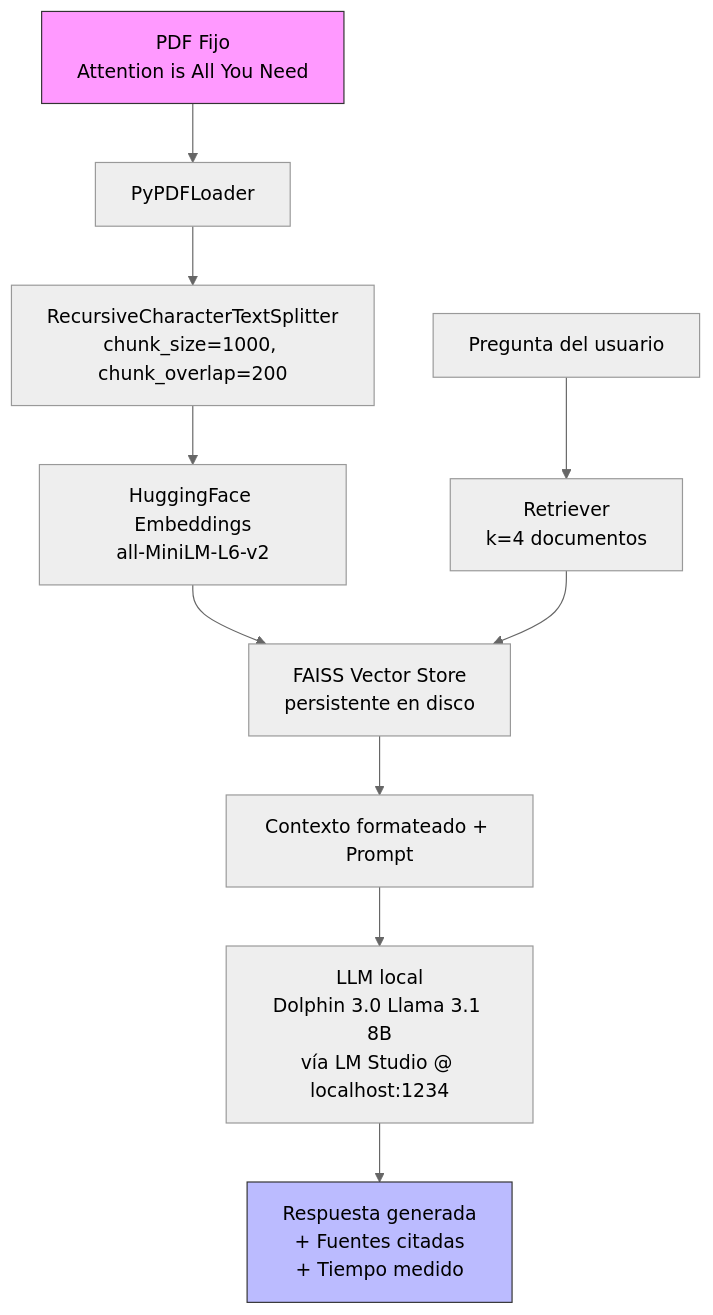
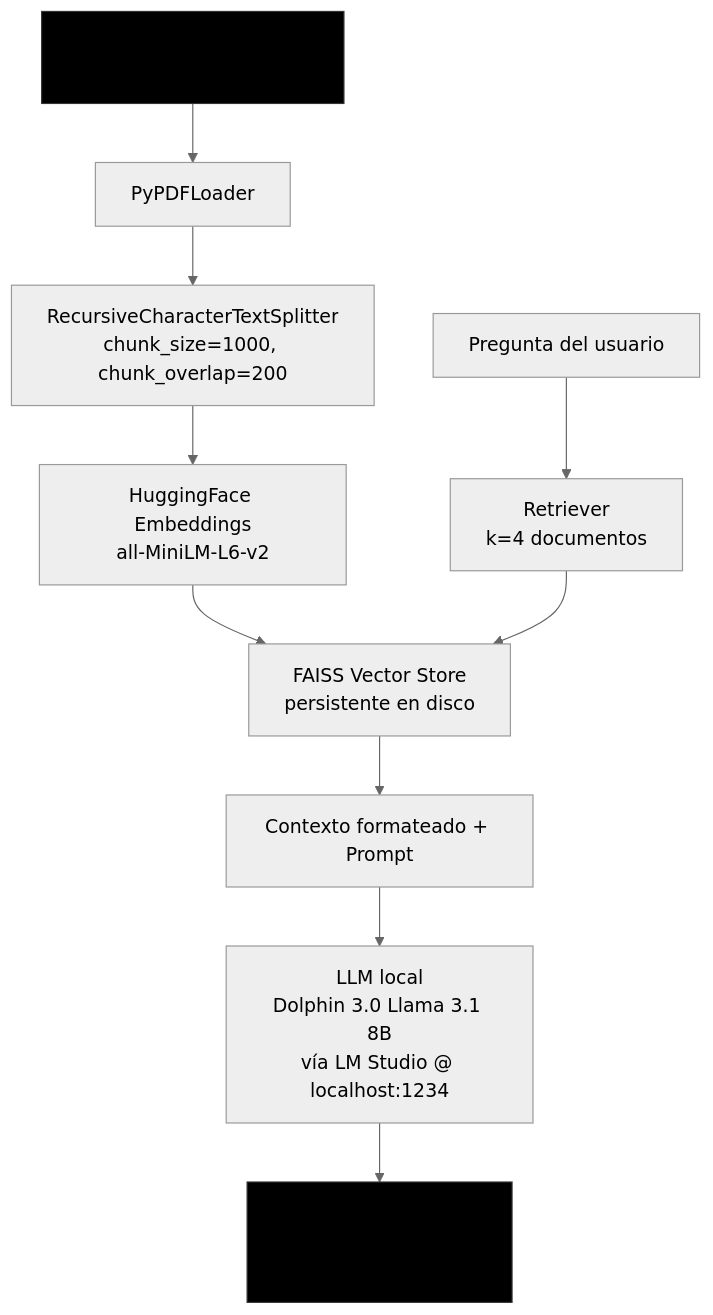
One commit to josemayor/RAG-PDF-Assistant changed the diagram in README.md. Above: the diagram before and after it, drawn with Mermaid (neutral theme). The commit also changed other lines of this file, not shown here.

Commit message:
Modify styles and citation formatting in README
Updated styling for nodes A and J in the diagram and corrected citation page formatting.

````diff
--- a/README.md
+++ b/README.md
@@ -17,18 +17,18 @@
 ```mermaid
 flowchart TD
     A[PDF Fijo<br/>Attention is All You Need] --> B[PyPDFLoader]
     B --> C[RecursiveCharacterTextSplitter<br/>chunk_size=1000, chunk_overlap=200]
     C --> D[HuggingFace Embeddings<br/>all-MiniLM-L6-v2]
     D --> E[FAISS Vector Store<br/>persistente en disco]
     
     F[Pregunta del usuario] --> G[Retriever<br/>k=4 documentos]
     G --> E
     
     E --> H[Contexto formateado + Prompt]
     H --> I[LLM local<br/>Dolphin 3.0 Llama 3.1 8B<br/>vía LM Studio @ localhost:1234]
     
     I --> J[Respuesta generada<br/>+ Fuentes citadas<br/>+ Tiempo medido]
     
-    style A fill:#f9f,stroke:#333
-    style J fill:#bbf,stroke:#333
+    style A fill:#000,stroke:#333
+    style J fill:#000,stroke:#333
 ```
````
